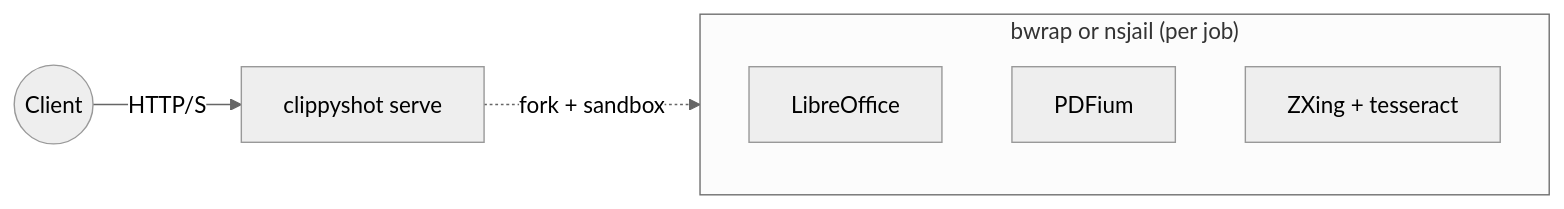
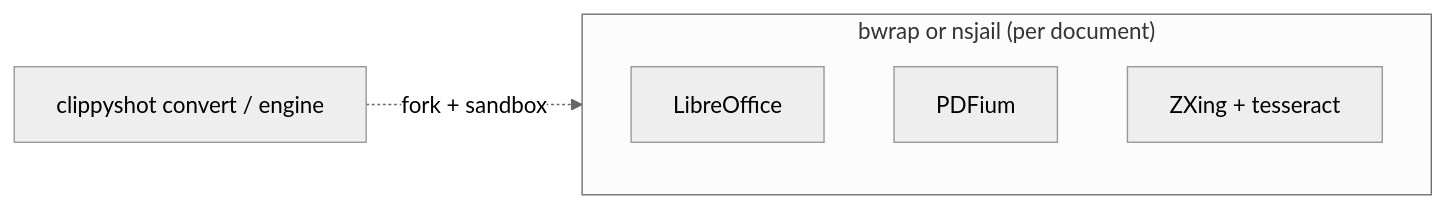
One commit to wmetcalf/clippyshot changed the third of 4 diagrams in README.md. Above: the diagram before and after it, drawn with Mermaid (neutral theme). The commit also changed other lines of this file and 1 other file, not shown here.

````diff
--- a/README.md
+++ b/README.md
@@ -232,12 +266,10 @@
 ```mermaid
 flowchart LR
-    client((Client))
-    api[clippyshot serve]
-    subgraph sbx["bwrap or nsjail (per job)"]
+    caller[clippyshot convert / engine]
+    subgraph sbx["bwrap or nsjail (per document)"]
         soff[LibreOffice]
         rast[PDFium]
         scan[ZXing + tesseract]
     end
-    client -->|HTTP/S| api
-    api -.->|fork + sandbox| sbx
+    caller -.->|fork + sandbox| sbx
 ```
````
